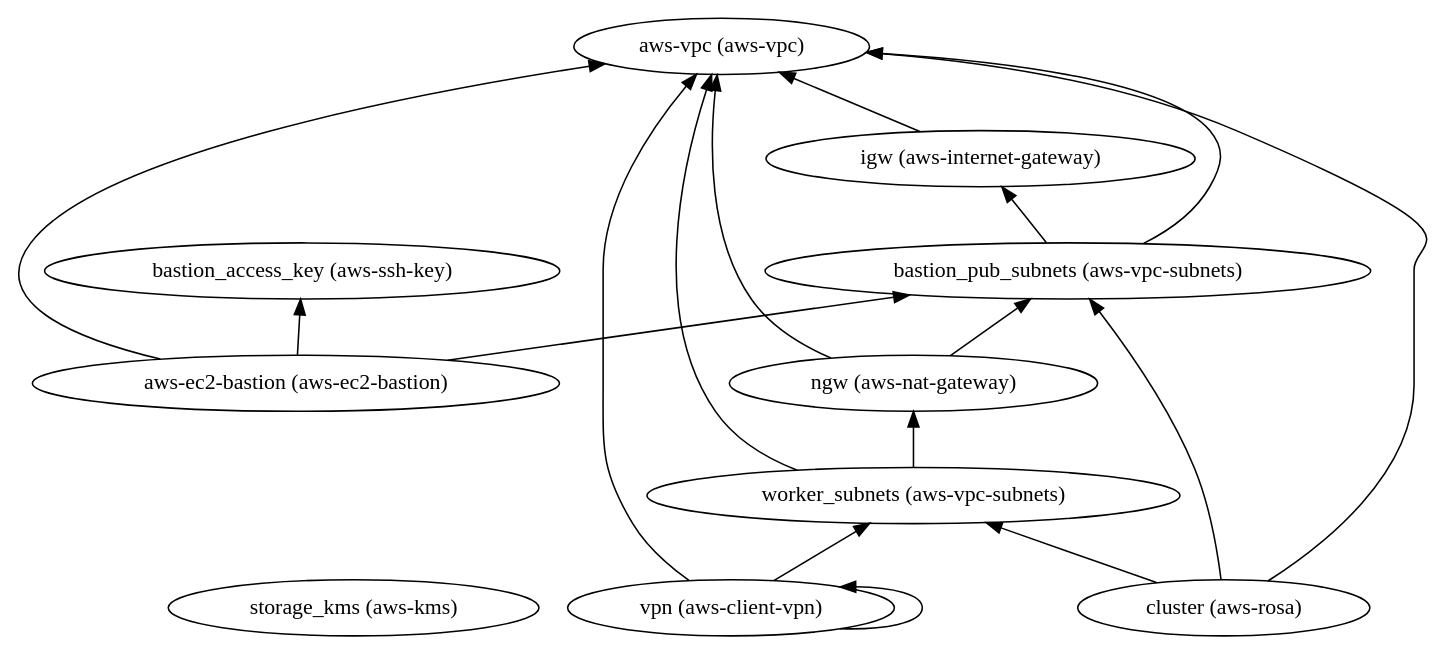
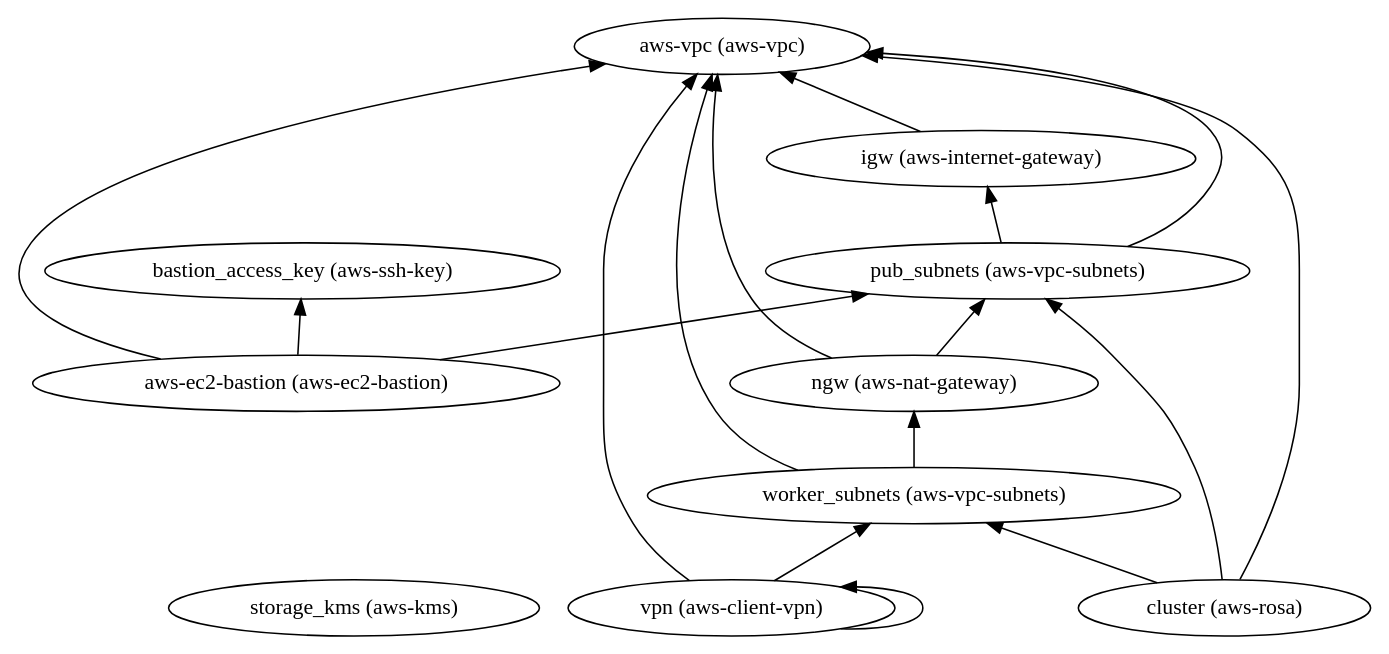
One commit to IBM/automation-aws-infra-openshift changed the diagram in 2-standard/110-aws-std-openshift-vpc/dependencies.dot. Above: the diagram before and after it, drawn with Graphviz. The commit also changed 14 other files, not shown here.

```diff
--- a/2-standard/110-aws-std-openshift-vpc/dependencies.dot
+++ b/2-standard/110-aws-std-openshift-vpc/dependencies.dot
@@ -1,29 +1,29 @@
 digraph {
     rankdir="BT"
     "storage_kms (aws-kms)"
 "bastion_access_key (aws-ssh-key)"
 "aws-vpc (aws-vpc)"
 "igw (aws-internet-gateway)" -> "aws-vpc (aws-vpc)"
 "igw (aws-internet-gateway)"
-"bastion_pub_subnets (aws-vpc-subnets)" -> "aws-vpc (aws-vpc)"
-"bastion_pub_subnets (aws-vpc-subnets)" -> "igw (aws-internet-gateway)"
-"bastion_pub_subnets (aws-vpc-subnets)"
+"pub_subnets (aws-vpc-subnets)" -> "aws-vpc (aws-vpc)"
+"pub_subnets (aws-vpc-subnets)" -> "igw (aws-internet-gateway)"
+"pub_subnets (aws-vpc-subnets)"
 "worker_subnets (aws-vpc-subnets)" -> "aws-vpc (aws-vpc)"
 "worker_subnets (aws-vpc-subnets)" -> "ngw (aws-nat-gateway)"
 "worker_subnets (aws-vpc-subnets)"
 "ngw (aws-nat-gateway)" -> "aws-vpc (aws-vpc)"
-"ngw (aws-nat-gateway)" -> "bastion_pub_subnets (aws-vpc-subnets)"
+"ngw (aws-nat-gateway)" -> "pub_subnets (aws-vpc-subnets)"
 "ngw (aws-nat-gateway)"
 "vpn (aws-client-vpn)" -> "aws-vpc (aws-vpc)"
 "vpn (aws-client-vpn)" -> "worker_subnets (aws-vpc-subnets)"
 "vpn (aws-client-vpn)" -> "vpn (aws-client-vpn)"
 "vpn (aws-client-vpn)"
 "aws-ec2-bastion (aws-ec2-bastion)" -> "bastion_access_key (aws-ssh-key)"
 "aws-ec2-bastion (aws-ec2-bastion)" -> "aws-vpc (aws-vpc)"
-"aws-ec2-bastion (aws-ec2-bastion)" -> "bastion_pub_subnets (aws-vpc-subnets)"
+"aws-ec2-bastion (aws-ec2-bastion)" -> "pub_subnets (aws-vpc-subnets)"
 "aws-ec2-bastion (aws-ec2-bastion)"
 "cluster (aws-rosa)" -> "aws-vpc (aws-vpc)"
-"cluster (aws-rosa)" -> "bastion_pub_subnets (aws-vpc-subnets)"
+"cluster (aws-rosa)" -> "pub_subnets (aws-vpc-subnets)"
 "cluster (aws-rosa)" -> "worker_subnets (aws-vpc-subnets)"
 "cluster (aws-rosa)"
   }
```
